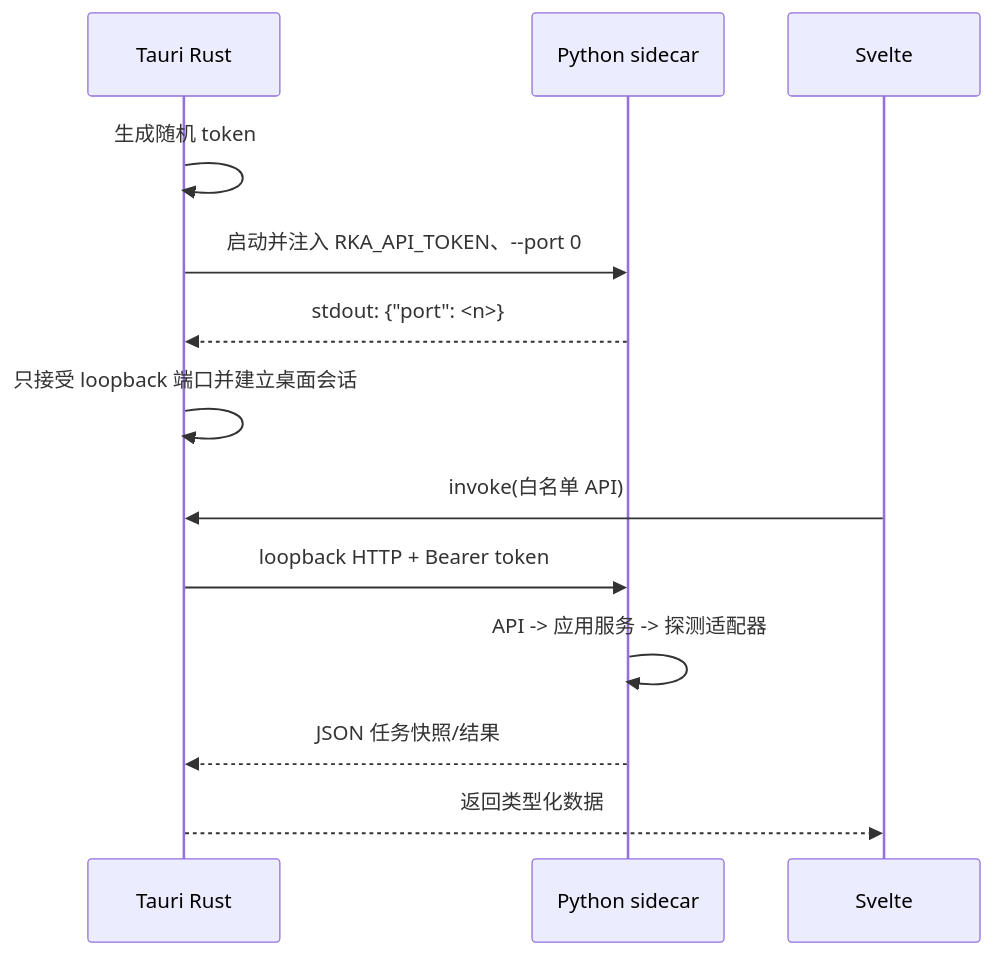
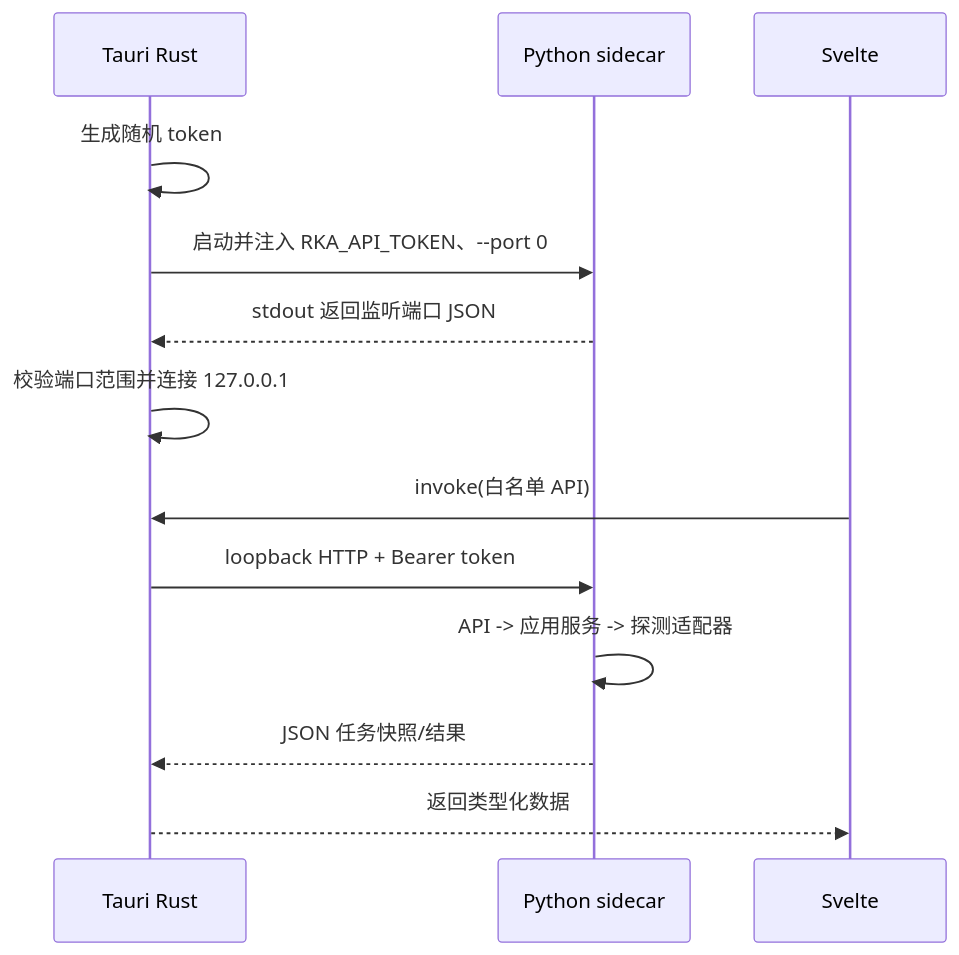
One commit to kevinalliswell/RKA-3000-comm-tester changed the second of 3 diagrams in docs/technical-architecture.md. Above: the diagram before and after it, drawn with Mermaid. The commit also changed other lines of this file and 3 other files, not shown here.

````diff
--- a/docs/technical-architecture.md
+++ b/docs/technical-architecture.md
@@ -35,15 +36,15 @@
 ```mermaid
 sequenceDiagram
     participant T as Tauri Rust
     participant P as Python sidecar
     participant S as Svelte
     T->>T: 生成随机 token
     T->>P: 启动并注入 RKA_API_TOKEN、--port 0
-    P-->>T: stdout: {"port": <n>}
-    T->>T: 只接受 loopback 端口并建立桌面会话
+    P-->>T: stdout 返回监听端口 JSON
+    T->>T: 校验端口范围并连接 127.0.0.1
     S->>T: invoke(白名单 API)
     T->>P: loopback HTTP + Bearer token
     P->>P: API -> 应用服务 -> 探测适配器
     P-->>T: JSON 任务快照/结果
     T-->>S: 返回类型化数据
 ```
````
